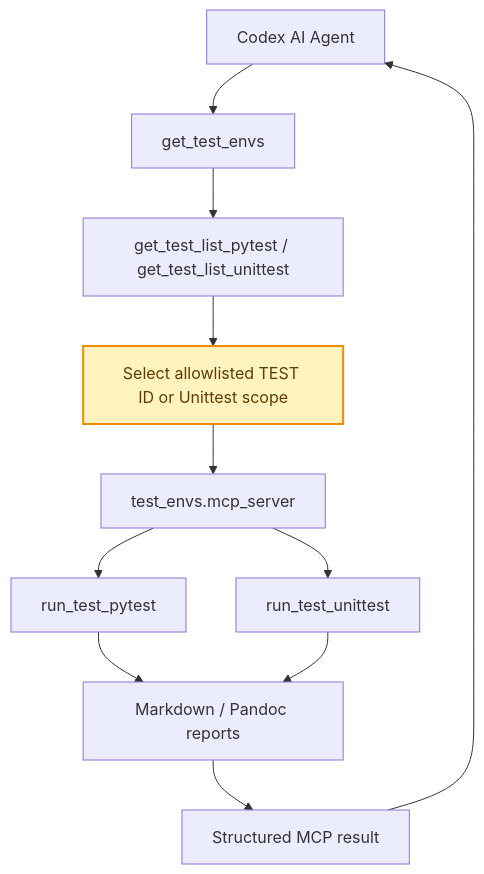
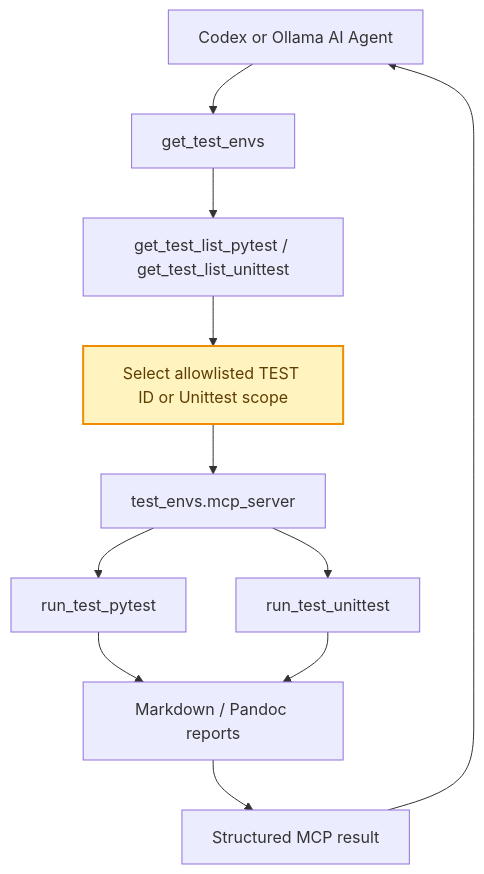
One commit to JeonghunLee/AI-driven-CI-CT changed the fourth of 5 diagrams in docs/index.md. Above: the diagram before and after it, drawn with Mermaid. The commit also changed other lines of this file and 24 other files, not shown here.

````diff
--- a/docs/index.md
+++ b/docs/index.md
@@ -184,19 +184,19 @@
 ```mermaid
 flowchart TD
-    AGENT[Codex AI Agent]
+    AGENT[Codex or Ollama AI Agent]
     ENV[get_test_envs]
     INVENTORY[get_test_list_pytest / get_test_list_unittest]
     SELECT[Select allowlisted TEST ID or Unittest scope]
     MCP[test_envs.mcp_server]
     PYTEST[run_test_pytest]
     UNITTEST[run_test_unittest]
     REPORT[Markdown / Pandoc reports]
     RESPONSE[Structured MCP result]
 
     AGENT --> ENV --> INVENTORY --> SELECT --> MCP
     MCP --> PYTEST --> REPORT --> RESPONSE --> AGENT
     MCP --> UNITTEST --> REPORT
 
     classDef safety fill:#fff3bf,stroke:#f08c00,stroke-width:2px,color:#5f3d00
     class SELECT safety
 ```
````
